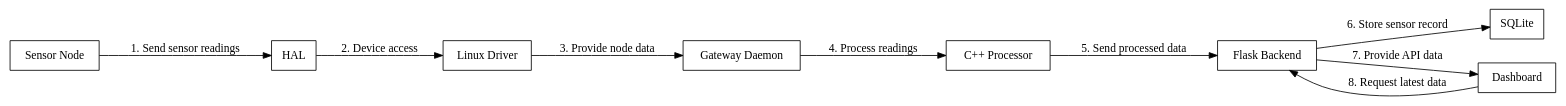
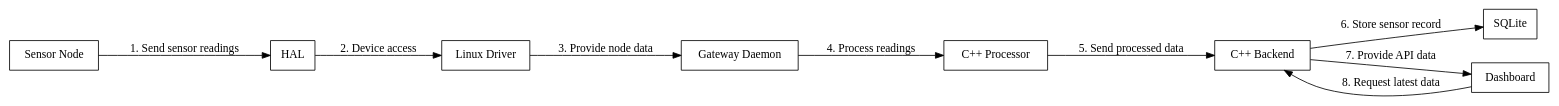
The diagram in docs/stage6/sequence_diagram.dot (anshumanpattnaik153-ctrl/soil-moisture-gateway), drawn with Graphviz before and after one commit. The commit also changed 5 other files, not shown here.

Commit message:
Update final documentation and diagrams

```diff
--- a/docs/stage6/sequence_diagram.dot
+++ b/docs/stage6/sequence_diagram.dot
@@ -1,22 +1,22 @@
 digraph SequenceDiagram {
     rankdir=LR;
     node [shape=box];
 
     Sensor [label="Sensor Node"];
     HAL [label="HAL"];
     Driver [label="Linux Driver"];
     Gateway [label="Gateway Daemon"];
     Processor [label="C++ Processor"];
-    Backend [label="Flask Backend"];
+    Backend [label="C++ Backend"];
     DB [label="SQLite"];
     Dashboard [label="Dashboard"];
 
     Sensor -> HAL [label="1. Send sensor readings"];
     HAL -> Driver [label="2. Device access"];
     Driver -> Gateway [label="3. Provide node data"];
     Gateway -> Processor [label="4. Process readings"];
     Processor -> Backend [label="5. Send processed data"];
     Backend -> DB [label="6. Store sensor record"];
     Backend -> Dashboard [label="7. Provide API data"];
     Dashboard -> Backend [label="8. Request latest data"];
 } 
```
